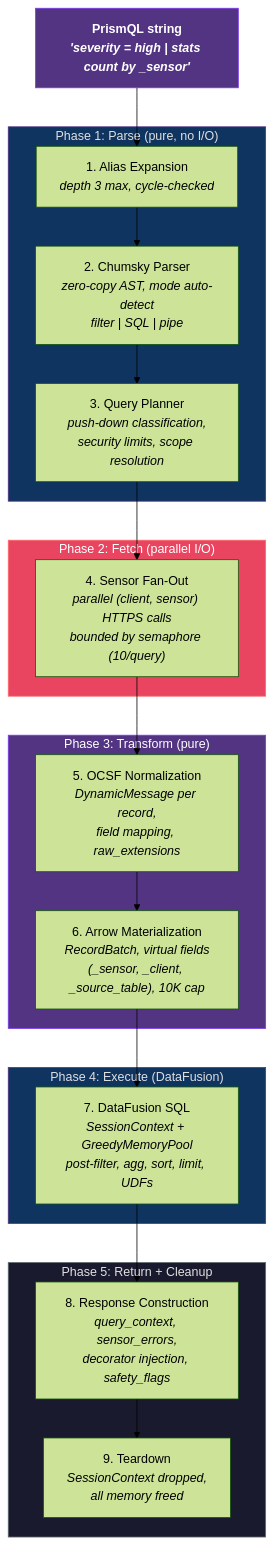
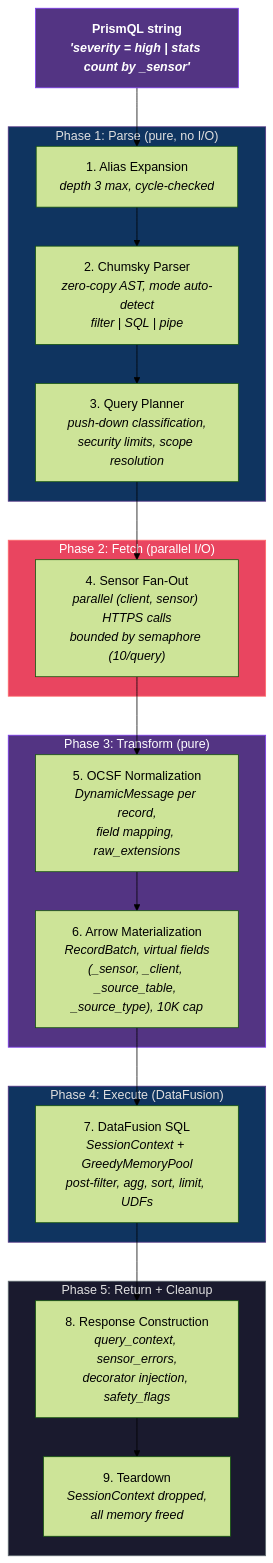
Before and after one commit to drbothen/prism: the first of 3 diagrams in specs/architecture/query-engine.md, drawn with Mermaid (forest theme). The commit also changed other lines of this file and 12 other files, not shown here.

````diff
--- a/specs/architecture/query-engine.md
+++ b/specs/architecture/query-engine.md
@@ -22,37 +22,37 @@
 ```mermaid
 graph TD
     INPUT["PrismQL string<br/><i>'severity = high | stats count by _sensor'</i>"]
 
     subgraph PARSE["Phase 1: Parse (pure, no I/O)"]
         A1["1. Alias Expansion<br/><i>depth 3 max, cycle-checked</i>"]
         A2["2. Chumsky Parser<br/><i>zero-copy AST, mode auto-detect<br/>filter | SQL | pipe</i>"]
         A3["3. Query Planner<br/><i>push-down classification,<br/>security limits, scope resolution</i>"]
     end
 
     subgraph FETCH["Phase 2: Fetch (parallel I/O)"]
         A4["4. Sensor Fan-Out<br/><i>parallel (client, sensor) HTTPS calls<br/>bounded by semaphore (10/query)</i>"]
     end
 
     subgraph TRANSFORM["Phase 3: Transform (pure)"]
         A5["5. OCSF Normalization<br/><i>DynamicMessage per record,<br/>field mapping, raw_extensions</i>"]
-        A6["6. Arrow Materialization<br/><i>RecordBatch, virtual fields<br/>(_sensor, _client, _source_table), 10K cap</i>"]
+        A6["6. Arrow Materialization<br/><i>RecordBatch, virtual fields<br/>(_sensor, _client, _source_table, _source_type), 10K cap</i>"]
     end
 
     subgraph EXECUTE["Phase 4: Execute (DataFusion)"]
         A7["7. DataFusion SQL<br/><i>SessionContext + GreedyMemoryPool<br/>post-filter, agg, sort, limit, UDFs</i>"]
     end
 
     subgraph RETURN["Phase 5: Return + Cleanup"]
         A8["8. Response Construction<br/><i>query_context, sensor_errors,<br/>decorator injection, safety_flags</i>"]
         A9["9. Teardown<br/><i>SessionContext dropped,<br/>all memory freed</i>"]
     end
 
     INPUT --> A1 --> A2 --> A3 --> A4 --> A5 --> A6 --> A7 --> A8 --> A9
 
     style PARSE fill:#0f3460,stroke:#533483,color:#e0e0e0
     style FETCH fill:#e94560,stroke:#ff6b6b,color:#fff
     style TRANSFORM fill:#533483,stroke:#7c3aed,color:#fff
     style EXECUTE fill:#0f3460,stroke:#533483,color:#e0e0e0
     style RETURN fill:#1a1a2e,stroke:#636e72,color:#e0e0e0
     style INPUT fill:#533483,stroke:#7c3aed,color:#fff,font-weight:bold
 ```
````
